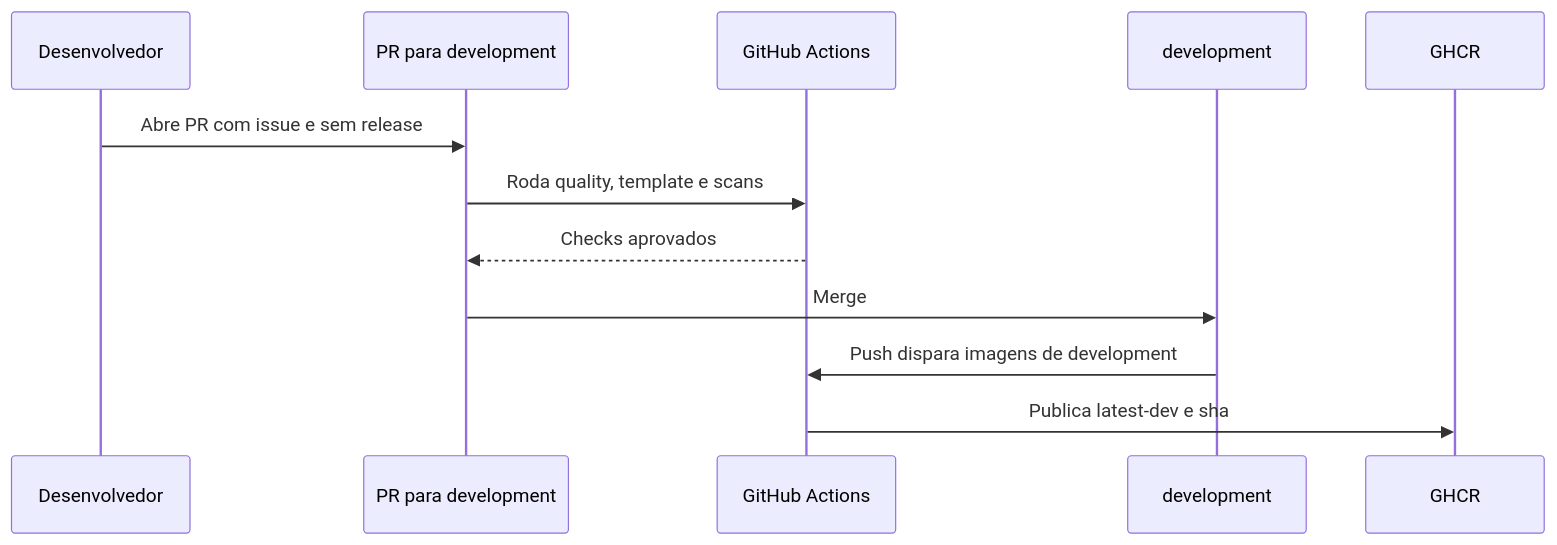
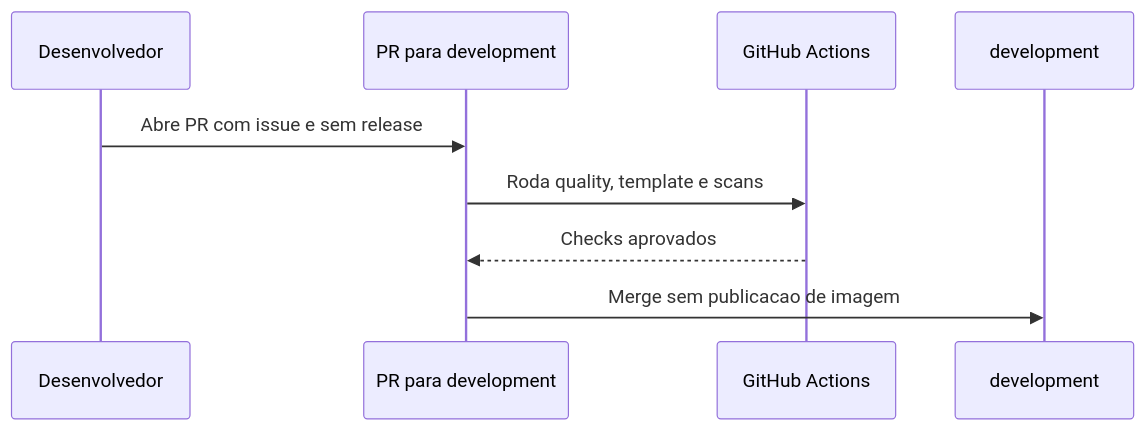
Before and after one commit to ifpebj-ti/inventario-patrimonio-cces: the second of 4 diagrams in docs/wiki/Esteira-de-CI-CD.md, drawn with Mermaid. The commit also changed other lines of this file and 4 other files, not shown here.

````diff
--- a/docs/wiki/Esteira-de-CI-CD.md
+++ b/docs/wiki/Esteira-de-CI-CD.md
@@ -65,15 +61,12 @@
 ```mermaid
 sequenceDiagram
     participant Dev as Desenvolvedor
     participant PR as PR para development
     participant CI as GitHub Actions
     participant DevBranch as development
-    participant GHCR as GHCR
 
     Dev->>PR: Abre PR com issue e sem release
     PR->>CI: Roda quality, template e scans
     CI-->>PR: Checks aprovados
-    PR->>DevBranch: Merge
-    DevBranch->>CI: Push dispara imagens de development
-    CI->>GHCR: Publica latest-dev e sha
+    PR->>DevBranch: Merge sem publicacao de imagem
 ```
````
